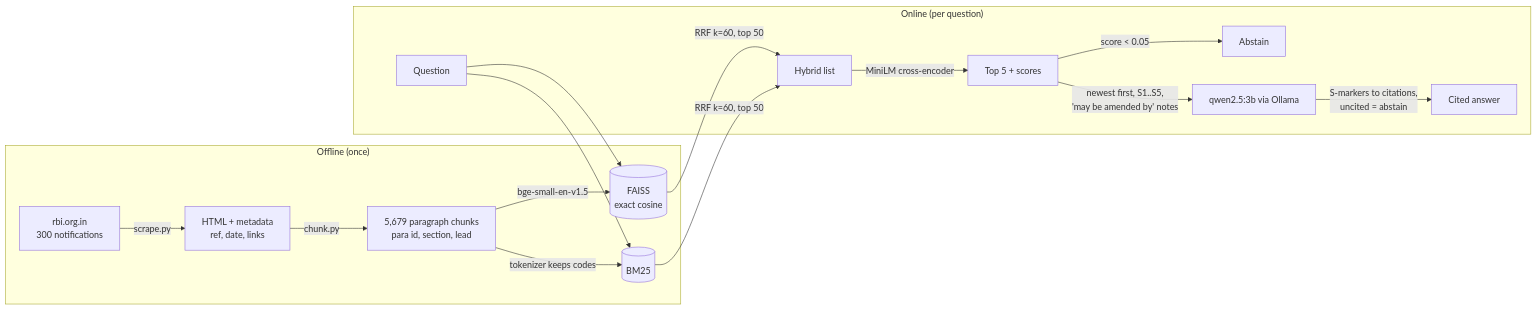
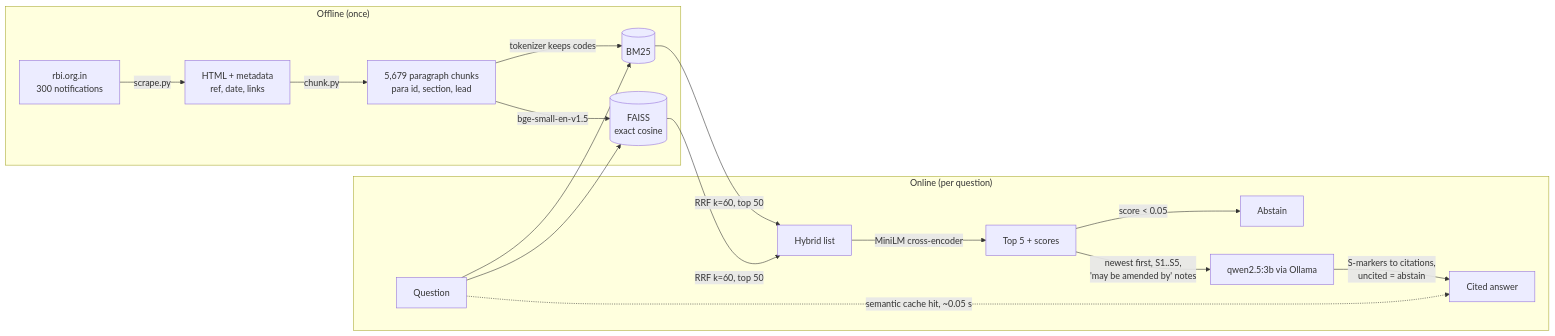
The diagram in README.md (shingaladeep23-gif/CircularIQ), drawn with Mermaid before and after one commit. The commit also changed other lines of this file and 13 other files, not shown here.

First line of the commit message:
Phase 2 results: router and CRAG measured, semantic cache shipped

````diff
--- a/README.md
+++ b/README.md
@@ -21,17 +21,18 @@
 ```mermaid
 flowchart LR
   subgraph Offline["Offline (once)"]
     A[rbi.org.in<br/>300 notifications] -->|scrape.py| B[HTML + metadata<br/>ref, date, links]
     B -->|chunk.py| C[5,679 paragraph chunks<br/>para id, section, lead]
     C -->|bge-small-en-v1.5| D[(FAISS<br/>exact cosine)]
     C -->|tokenizer keeps codes| E[(BM25)]
   end
   subgraph Online["Online (per question)"]
     Q[Question] --> D & E
     D & E -->|RRF k=60, top 50| F[Hybrid list]
     F -->|MiniLM cross-encoder| G[Top 5 + scores]
+    Q -.->|semantic cache hit, ~0.05 s| ANS
     G -->|score < 0.05| X[Abstain]
     G -->|newest first, S1..S5,<br/>'may be amended by' notes| L[qwen2.5:3b via Ollama]
     L -->|S-markers to citations,<br/>uncited = abstain| ANS[Cited answer]
   end
 ```
````
